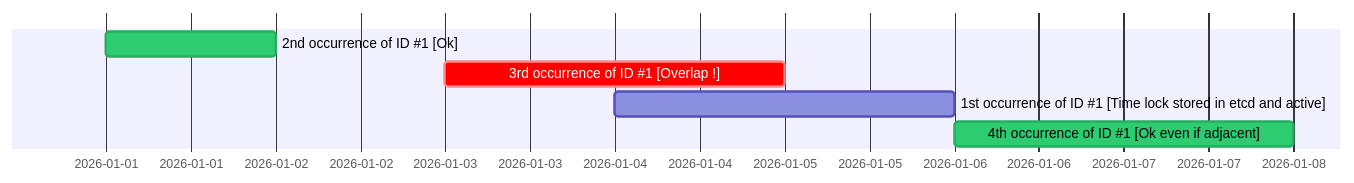
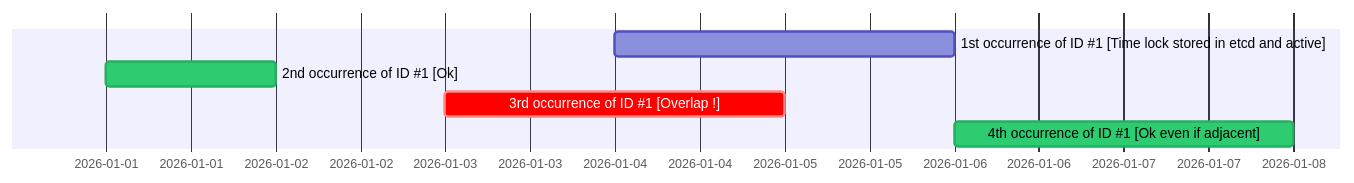
Before and after one commit to laurentlmx/timegate: the diagram in README.md, drawn with Mermaid. The commit also changed other lines of this file, not shown here.

````diff
--- a/README.md
+++ b/README.md
@@ -20,13 +20,13 @@
 ```mermaid
 %%{ init: { 
   'themeVariables': { 'activeTaskBkgColor': '#2ecc71', 'activeTaskBorderColor': '#27ae60' },
   'themeCSS': '.tick text { display: none !important; } .grid .tick line { display: none !important; }'
 } }%%
 gantt
     dateFormat YYYY-MM-DD
 
+    1st occurrence of ID #1 [Time lock stored in etcd and active] : 2026-01-04, 2026-01-06
     2nd occurrence of ID #1 [Ok] : active, 2026-01-01, 2026-01-02
     3rd occurrence of ID #1 [Overlap !] : crit, 2026-01-03, 2026-01-05
-    1st occurrence of ID #1 [Time lock stored in etcd and active] : 2026-01-04, 2026-01-06
     4th occurrence of ID #1 [Ok even if adjacent] : active, 2026-01-06, 2026-01-08
 ```
````
